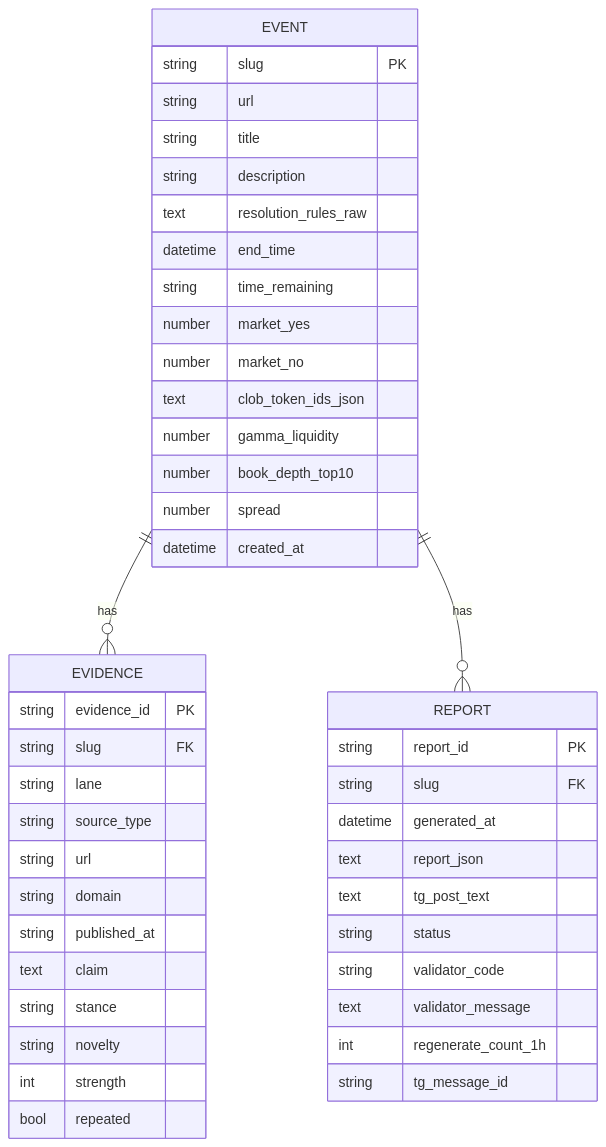
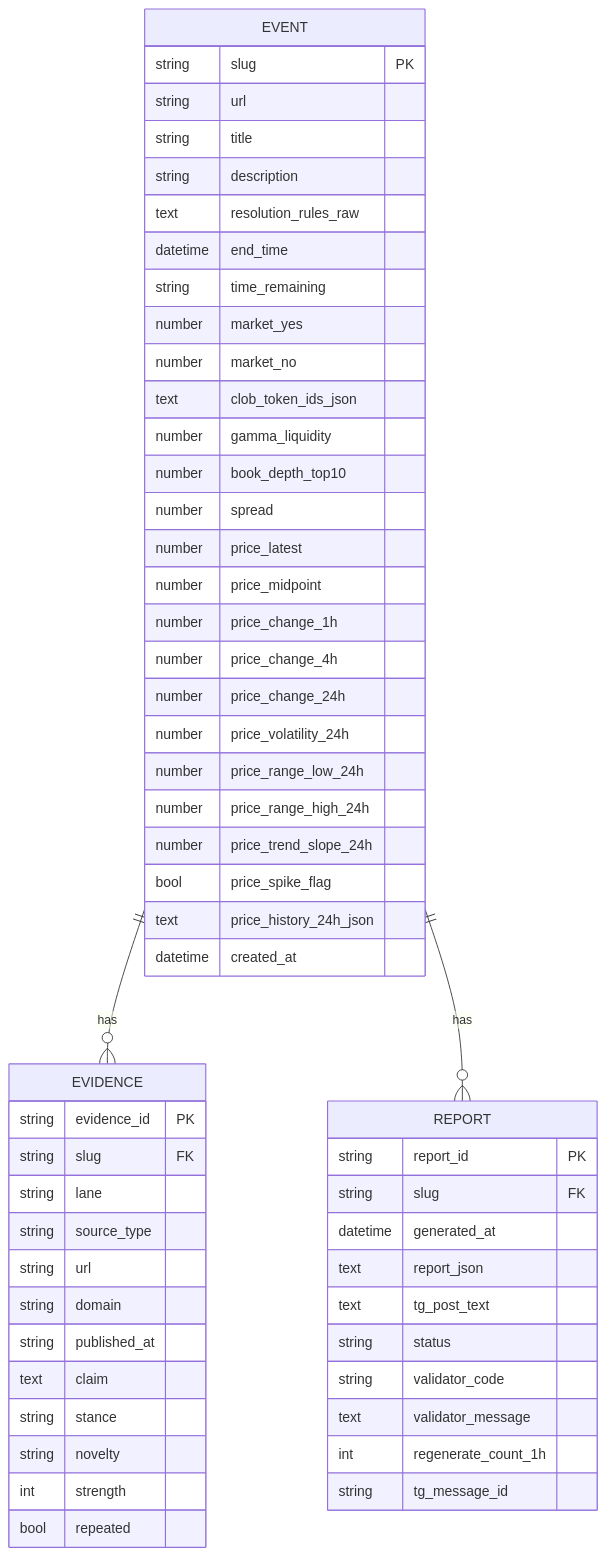
One commit to zeromill33/pellerAIBot changed the second of 3 diagrams in docs/architecture/architecture-core.md. Above: the diagram before and after it, drawn with Mermaid. The commit also changed other lines of this file and 12 other files, not shown here.

````diff
--- a/docs/architecture/architecture-core.md
+++ b/docs/architecture/architecture-core.md
@@ -260,50 +272,61 @@
 ```mermaid
 erDiagram
   EVENT ||--o{ EVIDENCE : has
   EVENT ||--o{ REPORT : has
 
   EVENT {
     string slug PK
     string url
     string title
     string description
     text resolution_rules_raw
     datetime end_time
     string time_remaining
     number market_yes
     number market_no
     text clob_token_ids_json
     number gamma_liquidity
     number book_depth_top10
     number spread
+    number price_latest
+    number price_midpoint
+    number price_change_1h
+    number price_change_4h
+    number price_change_24h
+    number price_volatility_24h
+    number price_range_low_24h
+    number price_range_high_24h
+    number price_trend_slope_24h
+    bool price_spike_flag
+    text price_history_24h_json
     datetime created_at
   }
 
   EVIDENCE {
     string evidence_id PK
     string slug FK
     string lane
     string source_type
     string url
     string domain
     string published_at
     text claim
     string stance
     string novelty
     int strength
     bool repeated
   }
 
   REPORT {
     string report_id PK
     string slug FK
     datetime generated_at
     text report_json
     text tg_post_text
     string status
     string validator_code
     text validator_message
     int regenerate_count_1h
     string tg_message_id
   }
 ```
````
